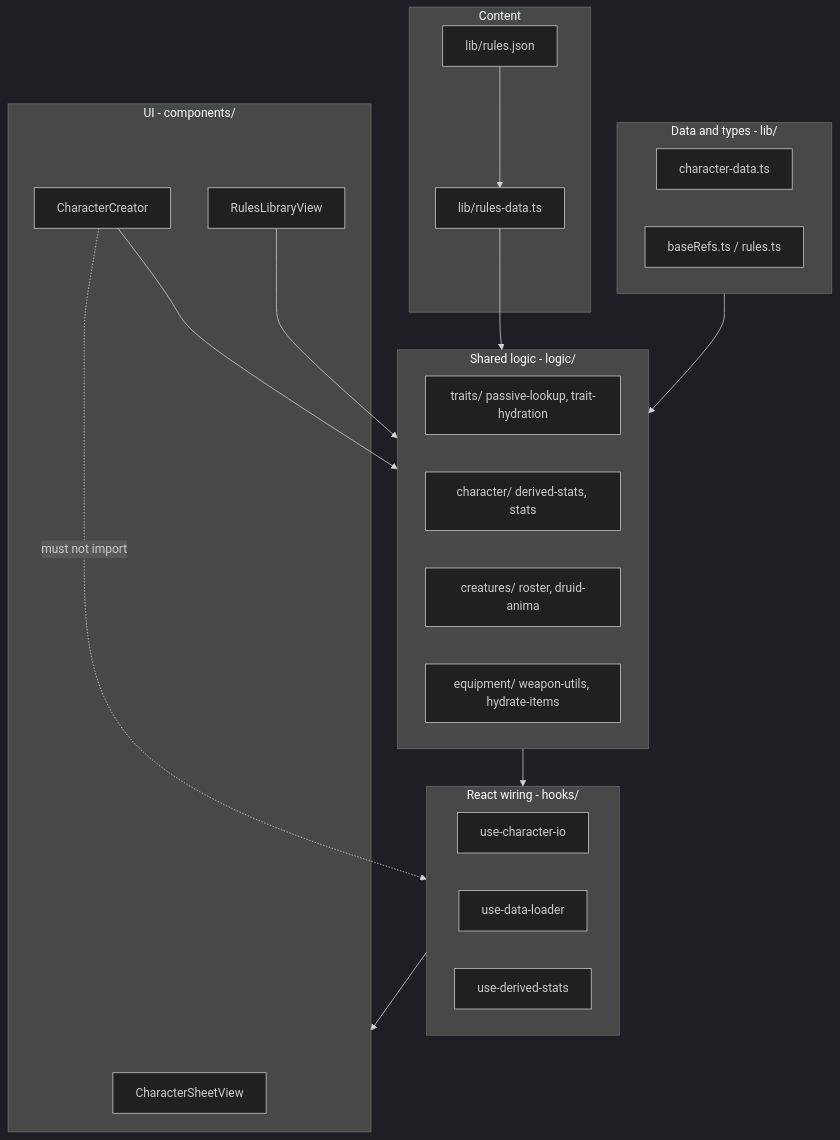
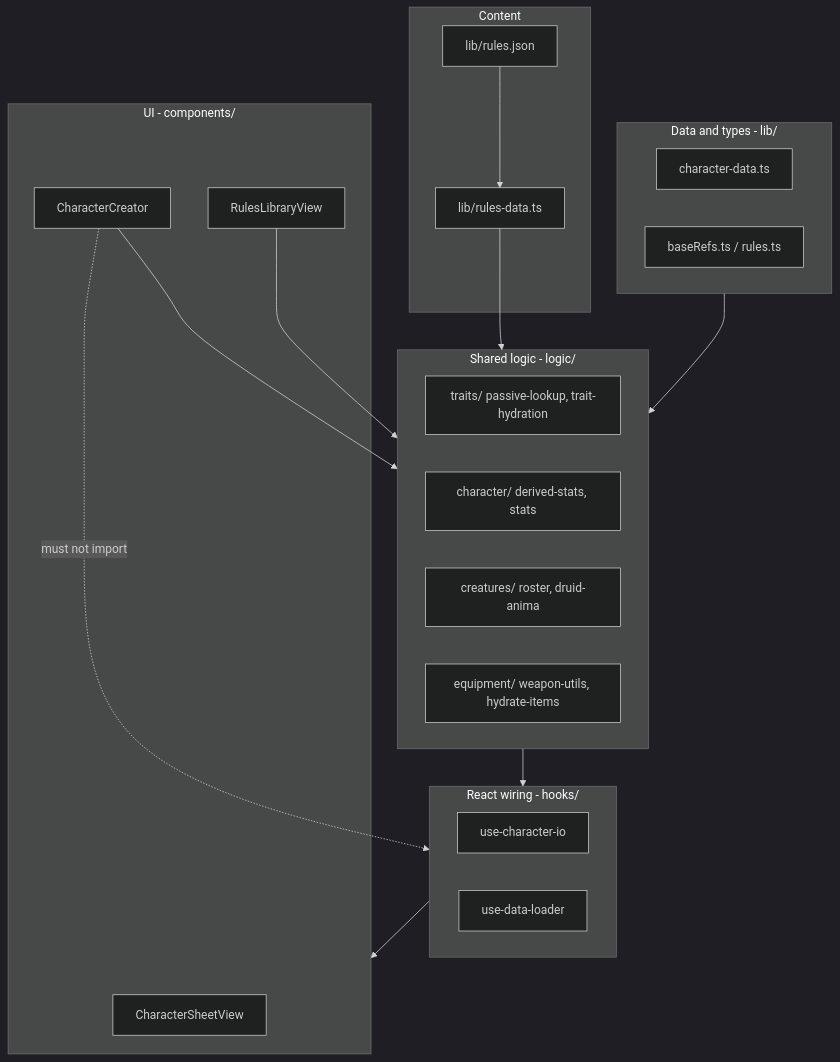
The first of 3 diagrams in docs/architecture-overview.md (thu1478/Corian-Forge-Next), drawn with Mermaid (dark theme) before and after one commit. The commit also changed other lines of this file and 46 other files, not shown here.

````diff
--- a/docs/architecture-overview.md
+++ b/docs/architecture-overview.md
@@ -19,35 +19,34 @@
 ```mermaid
 flowchart TB
   subgraph content [Content]
     RJ[lib/rules.json]
     RD[lib/rules-data.ts]
   end
   subgraph data [Data and types - lib/]
     CD[character-data.ts]
     REFS[baseRefs.ts / rules.ts]
   end
   subgraph logic [Shared logic - logic/]
     TR[traits/ passive-lookup, trait-hydration]
     CH[character/ derived-stats, stats]
     CR[creatures/ roster, druid-anima]
     EQ[equipment/ weapon-utils, hydrate-items]
   end
   subgraph hooks [React wiring - hooks/]
     IO[use-character-io]
     DL[use-data-loader]
-    DS[use-derived-stats]
   end
   subgraph ui [UI - components/]
     Sheet[CharacterSheetView]
     Creator[CharacterCreator]
     Library[RulesLibraryView]
   end
   RJ --> RD
   RD --> logic
   data --> logic
   logic --> hooks
   hooks --> ui
   Creator --> logic
   Library --> logic
   Creator -.->|must not import| hooks
 ```
````
